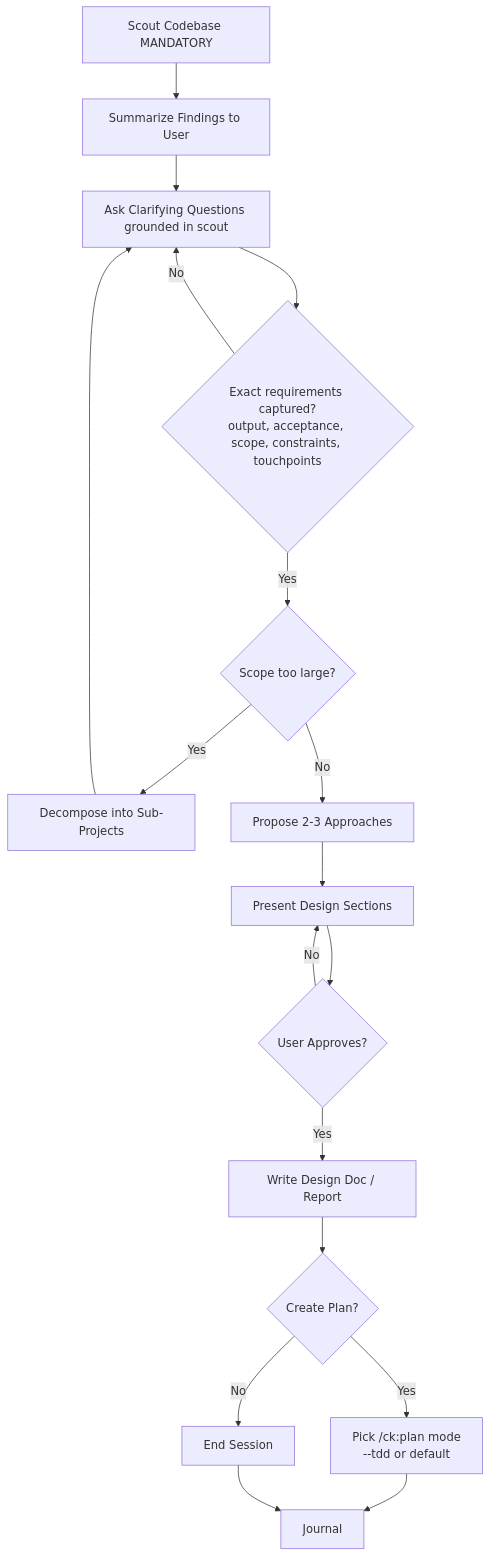
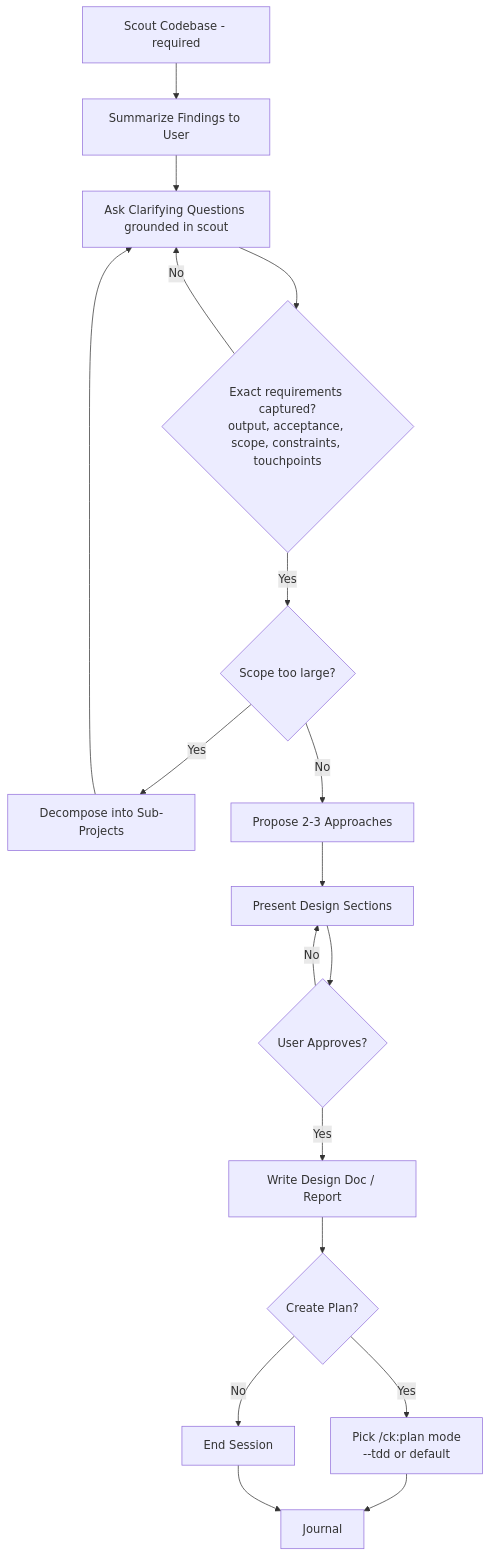
Before and after one commit to duy-tung/claude-code-setup: the diagram in claude/skills/brainstorm/SKILL.md, drawn with Mermaid. The commit also changed other lines of this file, not shown here.

````diff
--- a/claude/skills/brainstorm/SKILL.md
+++ b/claude/skills/brainstorm/SKILL.md
@@ -102,20 +92,20 @@
 ```mermaid
 flowchart TD
-    A[Scout Codebase MANDATORY] --> A2[Summarize Findings to User]
+    A[Scout Codebase - required] --> A2[Summarize Findings to User]
     A2 --> B[Ask Clarifying Questions grounded in scout]
     B --> B2{Exact requirements captured?<br/>output, acceptance, scope, constraints, touchpoints}
     B2 -->|No| B
     B2 -->|Yes| C{Scope too large?}
     C -->|Yes| D[Decompose into Sub-Projects]
     D --> B
     C -->|No| E[Propose 2-3 Approaches]
     E --> F[Present Design Sections]
     F --> G{User Approves?}
     G -->|No| F
     G -->|Yes| H[Write Design Doc / Report]
     H --> I{Create Plan?}
     I -->|Yes| J[Pick /ck:plan mode<br/>--tdd or default]
     I -->|No| K[End Session]
     J --> L[Journal]
     K --> L
 ```
````
